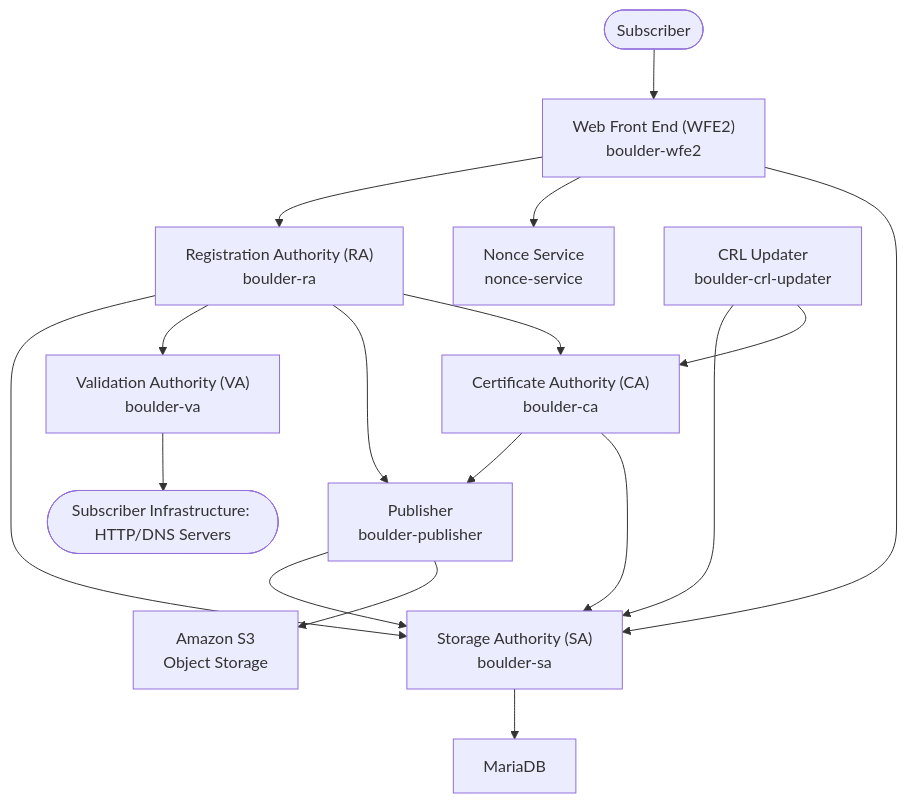
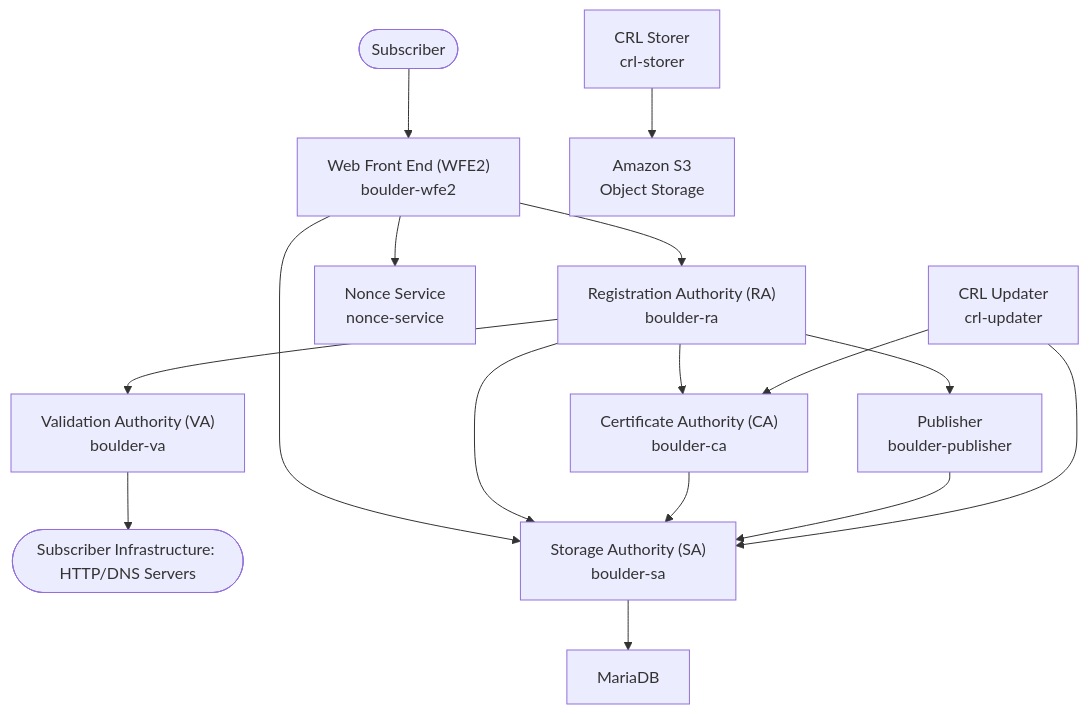
One commit to sheurich/boulder-development changed the diagram in SERVICES_DETAILS.md. Above: the diagram before and after it, drawn with Mermaid. The commit also changed other lines of this file and 5 other files, not shown here.

````diff
--- a/SERVICES_DETAILS.md
+++ b/SERVICES_DETAILS.md
@@ -9,40 +9,41 @@
 ```mermaid
 graph TD
     %% External Users/Systems
     Subscriber([Subscriber]) --> WFE
     VA --> SubscriberInfra([Subscriber Infrastructure: HTTP/DNS Servers])
     S3["Amazon S3<br/>Object Storage"]
 
     %% Core Services
     WFE["Web Front End (WFE2)<br/>boulder-wfe2"]
     RA["Registration Authority (RA)<br/>boulder-ra"]
     VA["Validation Authority (VA)<br/>boulder-va"]
     CA["Certificate Authority (CA)<br/>boulder-ca"]
     SA["Storage Authority (SA)<br/>boulder-sa"]
     MariaDB["MariaDB"]
     Publisher["Publisher<br/>boulder-publisher"]
+    CRLStorer["CRL Storer<br/>crl-storer"]
     NonceService["Nonce Service<br/>nonce-service"]
-    CRLUpdater["CRL Updater<br/>boulder-crl-updater"]
+    CRLUpdater["CRL Updater<br/>crl-updater"]
 
     %% Connections based on the ASCII diagram
     WFE --> RA
     WFE --> NonceService
     WFE --> SA
 
     RA --> SA
     RA --> VA
     RA --> Publisher
 
-    CA --> Publisher
     RA --> CA
     CA --> SA
 
     Publisher --> SA
-    Publisher --> S3
+
+    CRLStorer --> S3
 
     SA --> MariaDB
 
     %% Added CRL Updater interactions (example, actual might vary)
     CRLUpdater --> SA
     CRLUpdater --> CA
 ```
````
